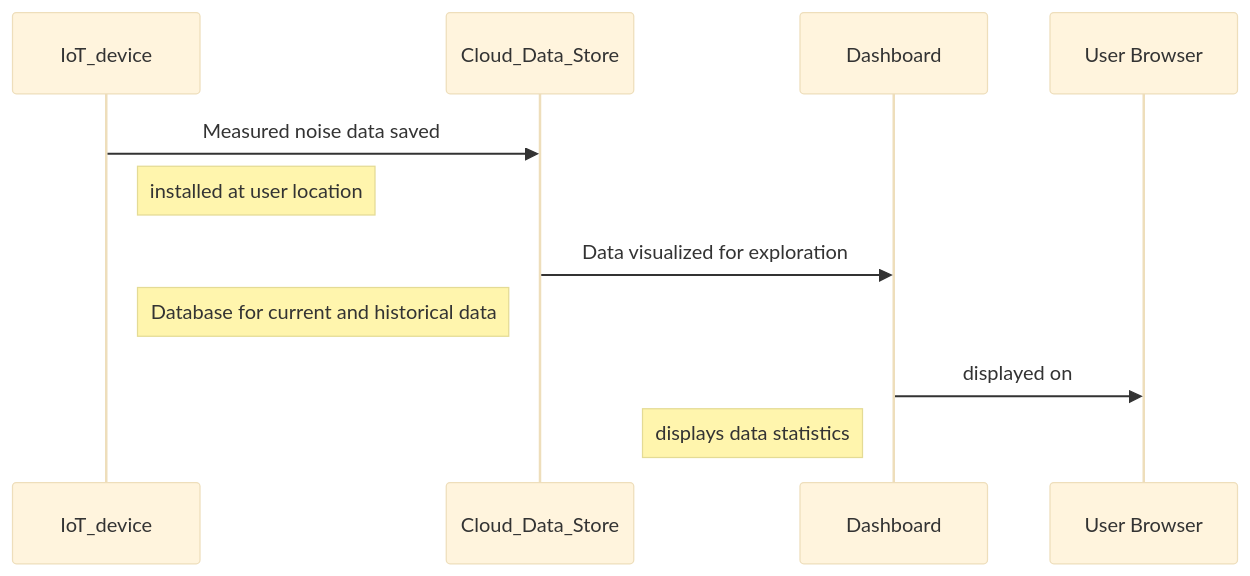
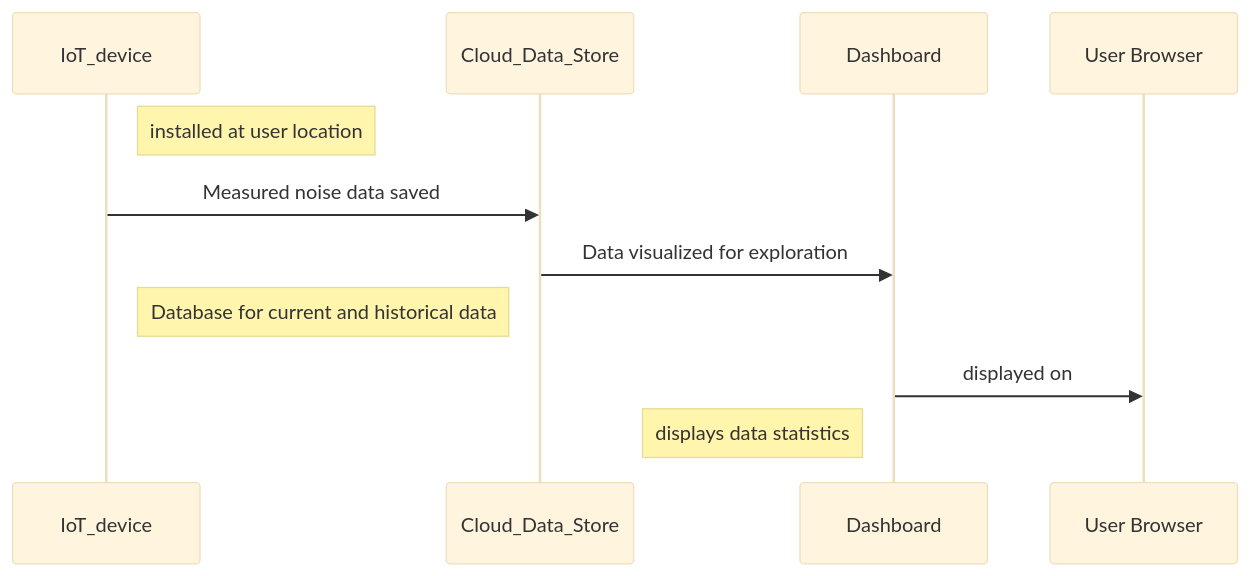
Before and after one commit to CivicTechTO/tRacket-directory-START-HERE: the diagram in README.md, drawn with Mermaid (base theme). The commit also changed other lines of this file, not shown here.

````diff
--- a/README.md
+++ b/README.md
@@ -35,9 +35,9 @@
 ```mermaid
 sequenceDiagram
+    Note right of IoT_device: installed at user location
     IoT_device ->> Cloud_Data_Store : Measured noise data saved
-    Note right of IoT_device: installed at user location
     Cloud_Data_Store ->> Dashboard : Data visualized for exploration
     Note left of Cloud_Data_Store : Database for current and historical data
     Dashboard ->> User Browser : displayed on
     Note left of Dashboard : displays data statistics 
 ```
````
